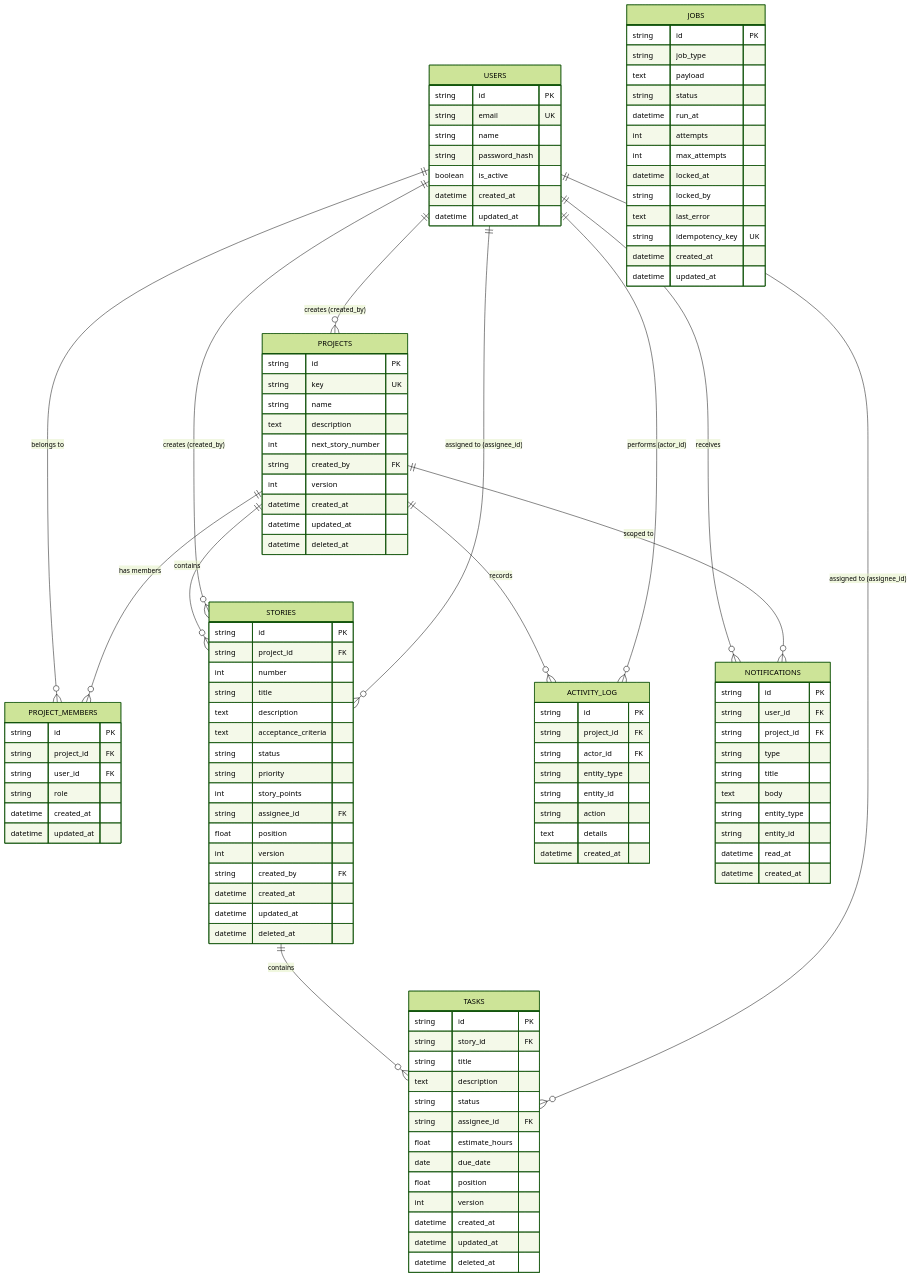
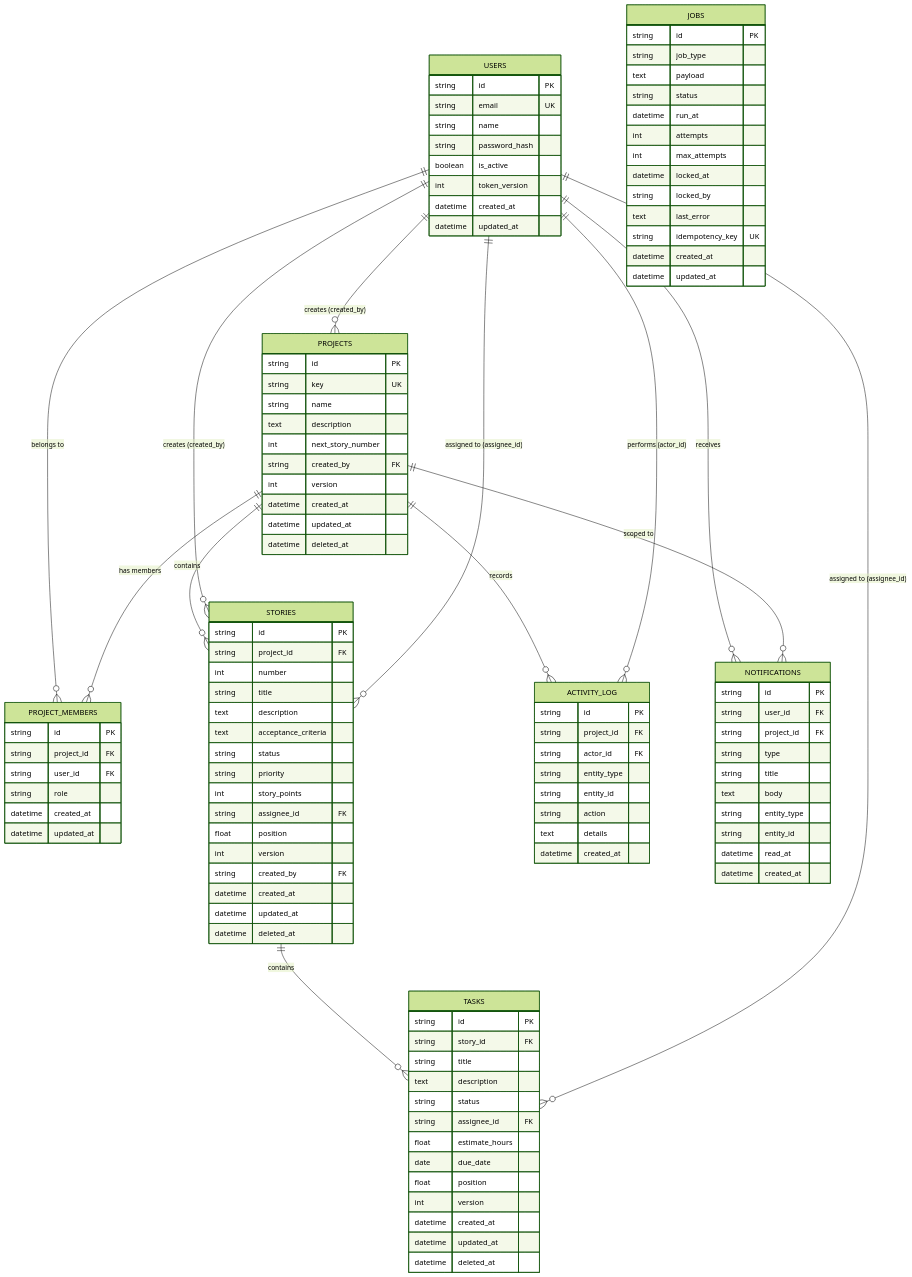
The diagram in docs/schema.md (Katakam-Krupavathi/Agile-Project-Management-Tool), drawn with Mermaid (forest theme) before and after one commit. The commit also changed other lines of this file and 2 other files, not shown here.

Commit message:
docs(security): update security.md and README honestly

```diff
--- a/docs/schema.md
+++ b/docs/schema.md
@@ -31,6 +31,7 @@
         string name
         string password_hash
         boolean is_active
+        int token_version
         datetime created_at
         datetime updated_at
     }
```
